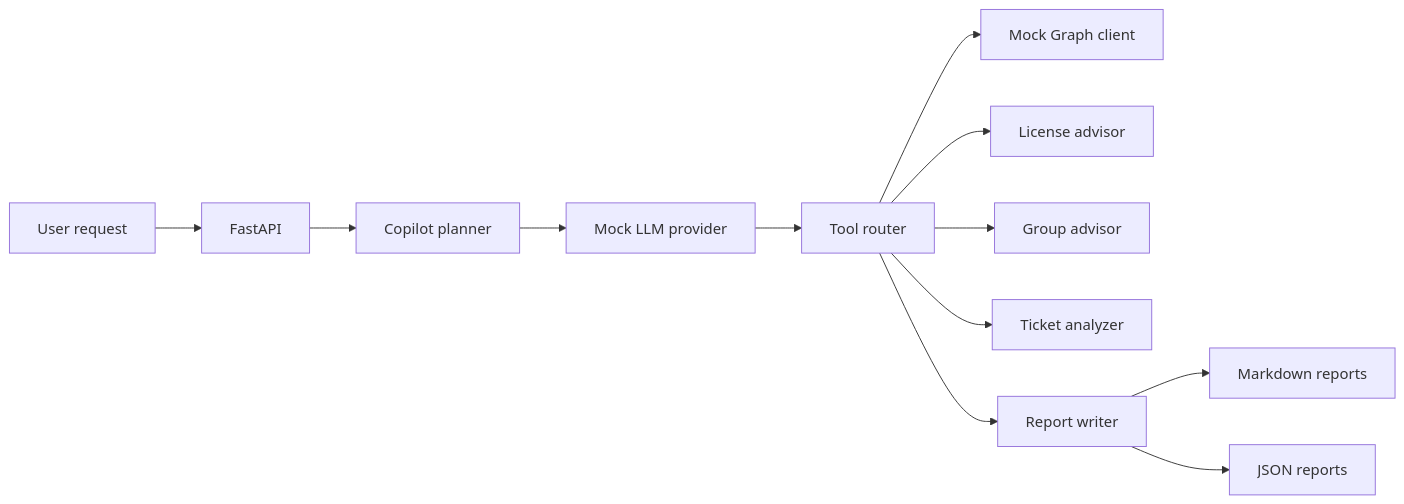
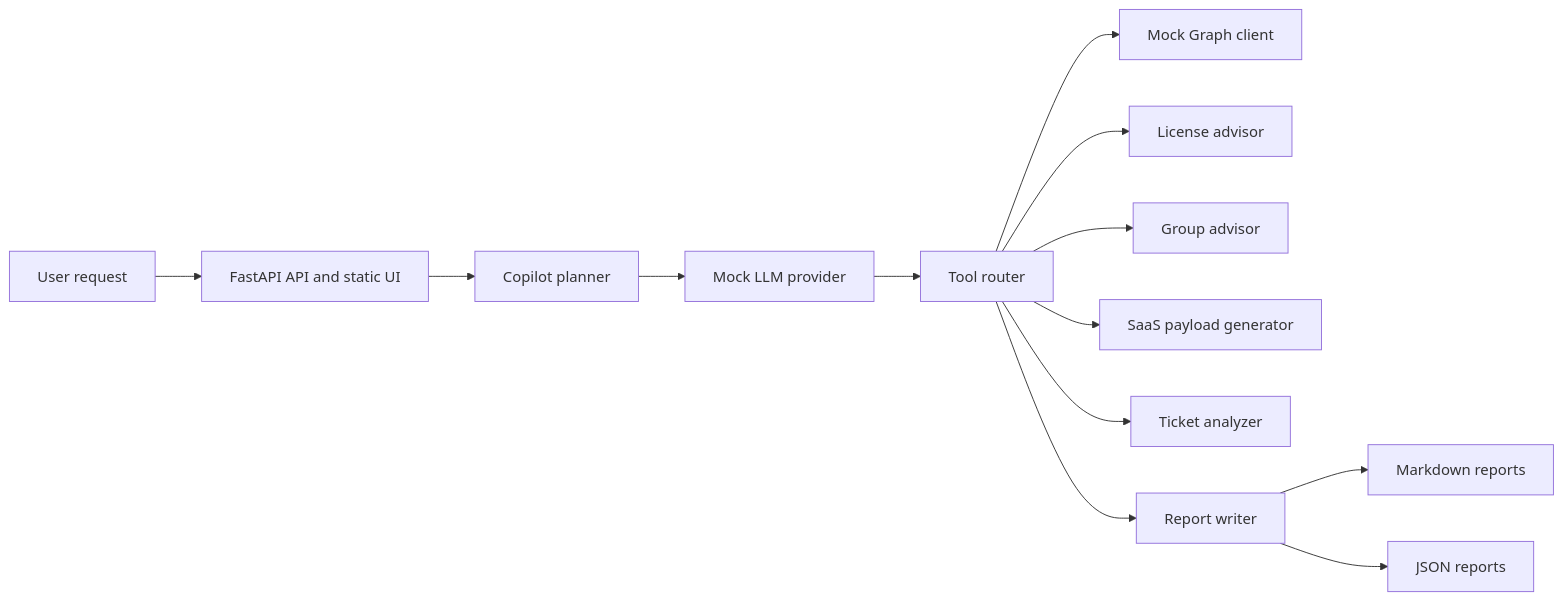
Before and after one commit to Waiivyy/Enterprise-AI-Operations-Copilot: the diagram in README.md, drawn with Mermaid. The commit also changed other lines of this file and 34 other files, not shown here.

````diff
--- a/README.md
+++ b/README.md
@@ -34,14 +144,15 @@
 ```mermaid
 flowchart LR
-  user[User request] --> api[FastAPI]
+  user[User request] --> api[FastAPI API and static UI]
   api --> planner[Copilot planner]
   planner --> llm[Mock LLM provider]
   llm --> router[Tool router]
   router --> graphMock[Mock Graph client]
   router --> licenseAdvisor[License advisor]
   router --> groupAdvisor[Group advisor]
+  router --> saasPayloads[SaaS payload generator]
   router --> ticketAnalyzer[Ticket analyzer]
   router --> reportWriter[Report writer]
   reportWriter --> markdownReports[Markdown reports]
   reportWriter --> jsonReports[JSON reports]
 ```
````
